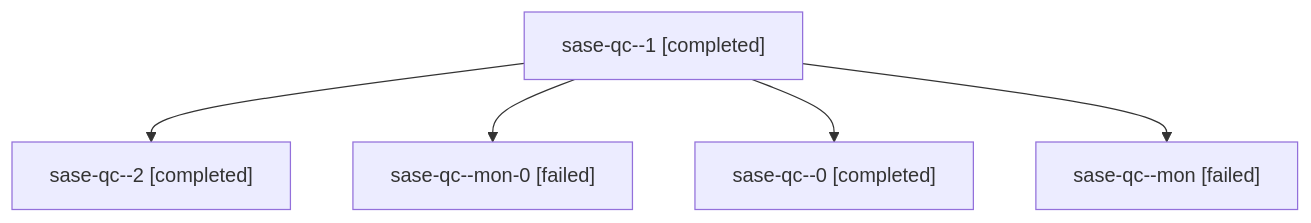
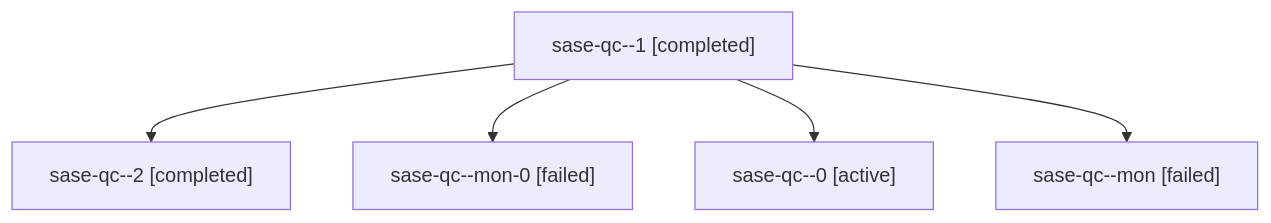
Before and after one commit to sase-org/sase--agents: the diagram in families/bbugyi200.athena.sase-qc.md, drawn with Mermaid. The commit also changed other lines of this file and 35830 other files, not shown here.

````diff
--- a/families/bbugyi200.athena.sase-qc.md
+++ b/families/bbugyi200.athena.sase-qc.md
@@ -9,12 +9,12 @@
 ```mermaid
 flowchart TD
   n0["sase-qc--1 [completed]"]
   n1["sase-qc--2 [completed]"]
   n0 --> n1
   n2["sase-qc--mon-0 [failed]"]
   n0 --> n2
-  n3["sase-qc--0 [completed]"]
+  n3["sase-qc--0 [active]"]
   n0 --> n3
   n4["sase-qc--mon [failed]"]
   n0 --> n4
 ```
````
